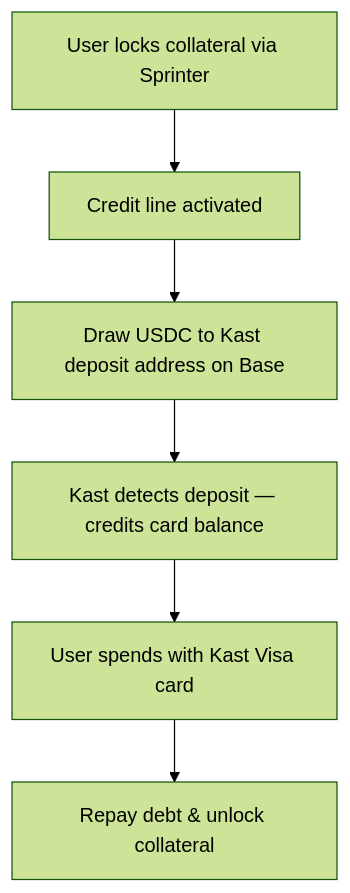
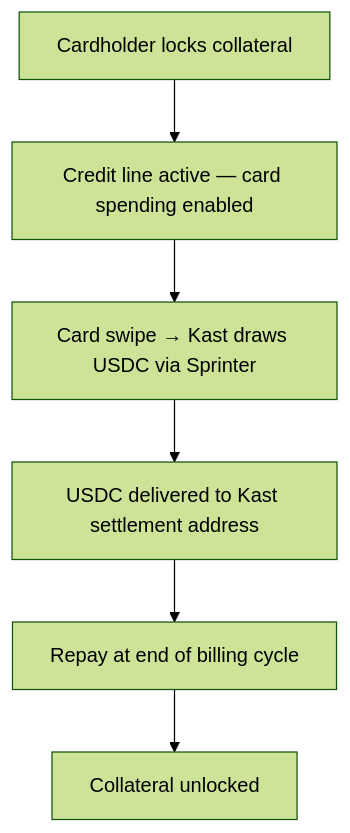
The diagram in quickstart/kast-card.mdx (sprintertech/sprinter-sdk), drawn with Mermaid (forest theme) before and after one commit. The commit also changed other lines of this file and 8 other files, not shown here.

````diff
--- a/quickstart/kast-card.mdx
+++ b/quickstart/kast-card.mdx
@@ -22,8 +20,8 @@
 ```mermaid
 flowchart TD
-  A[User locks collateral via Sprinter] --> B[Credit line activated]
-  B --> C[Draw USDC to Kast deposit address on Base]
-  C --> D[Kast detects deposit — credits card balance]
-  D --> E[User spends with Kast Visa card]
-  E --> F[Repay debt & unlock collateral]
+  A[Cardholder locks collateral] --> B[Credit line active — card spending enabled]
+  B --> C[Card swipe → Kast draws USDC via Sprinter]
+  C --> D[USDC delivered to Kast settlement address]
+  D --> E[Repay at end of billing cycle]
+  E --> F[Collateral unlocked]
 ```
````
